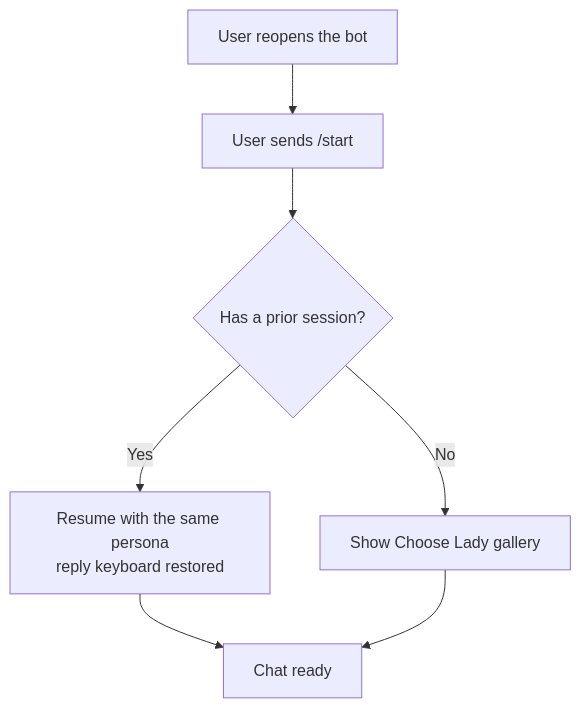
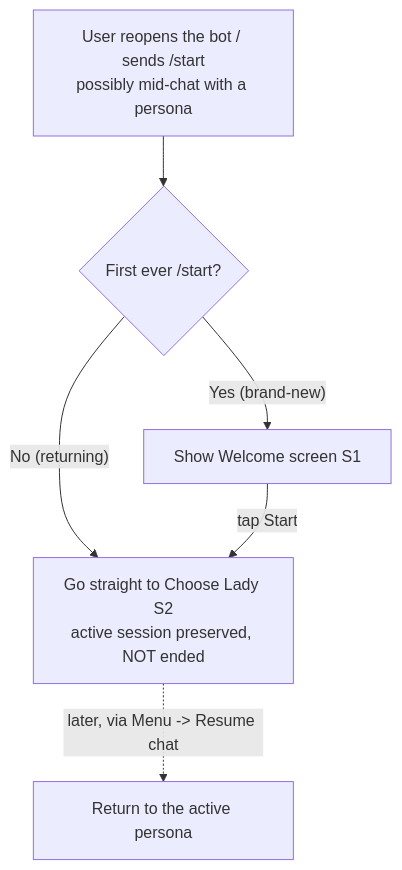
The second of 3 diagrams in developer files/features/F-001-onboarding-persona-selection.md (b3ly4ck/NeuroLady_Persona_Engine), drawn with Mermaid before and after one commit. The commit also changed other lines of this file and 5 other files, not shown here.

````diff
--- a/developer files/features/F-001-onboarding-persona-selection.md
+++ b/developer files/features/F-001-onboarding-persona-selection.md
@@ -73,9 +73,8 @@
 ```mermaid
 flowchart TD
-    A[User reopens the bot] --> B[User sends /start]
-    B --> C{Has a prior session?}
-    C -- Yes --> D[Resume with the same persona<br/>reply keyboard restored]
-    C -- No --> E[Show Choose Lady gallery]
-    D --> F[Chat ready]
-    E --> F
+    A[User reopens the bot / sends /start<br/>possibly mid-chat with a persona] --> B{First ever /start?}
+    B -- Yes (brand-new) --> C[Show Welcome screen S1]
+    B -- No (returning) --> D[Go straight to Choose Lady S2<br/>active session preserved, NOT ended]
+    C -->|tap Start| D
+    D -. later, via Menu -> Resume chat .-> E[Return to the active persona]
 ```
````
